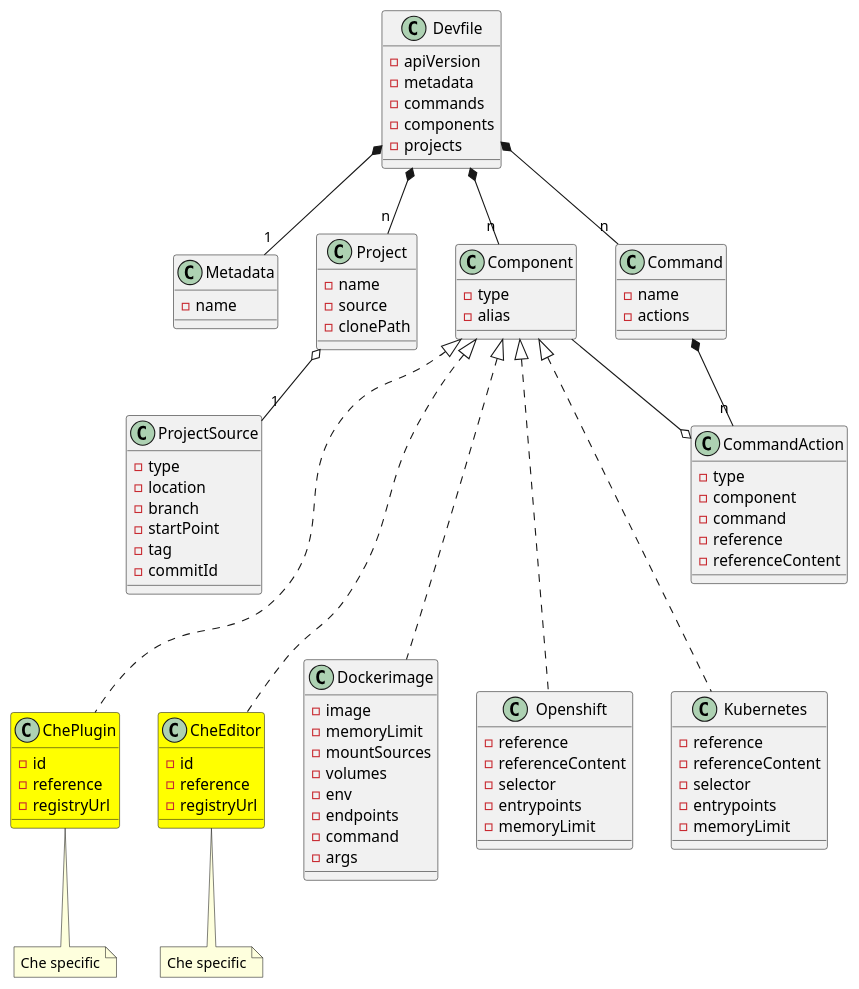
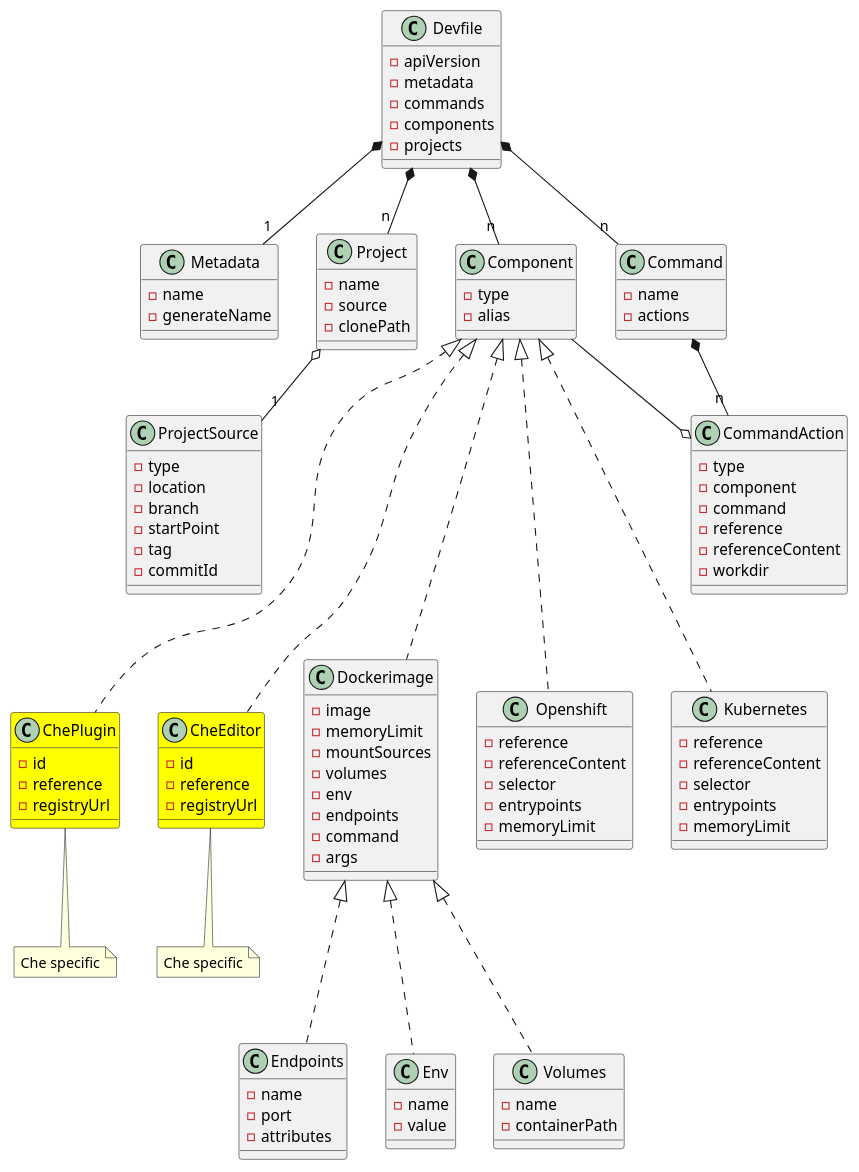
The diagram in devfile_next.plantuml (redhat-developer/devfile), drawn with PlantUML before and after one commit. The commit also changed 1 other file, not shown here.

Commit message:
Add generateName (#46)
* Update Devfile Diagram

* add generateName to devfile's metadata

```diff
--- a/devfile_next.plantuml
+++ b/devfile_next.plantuml
@@ -1,120 +1,142 @@
 @startuml devfile_next
 
 class Devfile {
   - apiVersion
   - metadata
   - commands
   - components
   - projects
 }
 
 together {
   class Metadata
   class Component
   class Command
   class Project
 }
 
 Devfile *-- "1" Metadata
 Devfile *-- "n" Component
 Devfile *-- "n" Command
 Devfile *-- "n" Project
 
 class Metadata {
   - name
+  - generateName
 }
 
 class Component {
     - type
     - alias
 }
 
 
 Component <|-.. Dockerimage
 Component <|-.. Openshift
 Component <|-.. Kubernetes
 Component <|-.. ChePlugin
 Component <|-.. CheEditor
 
 class Command {
   - name
   - actions
 }
 
 Command *-- "n" CommandAction
 CommandAction o-- Component
 
 class CommandAction {
   - type
   - component
   - command
   - reference
   - referenceContent
+  - workdir
 }
 
 class Project {
   - name
   - source
   - clonePath
 }
 
 Project o-- "1" ProjectSource
 
 class ProjectSource {
   - type
   - location
   - branch
   - startPoint
   - tag
   - commitId
 }
 
 Project -[hidden]> Component
 Component -[hidden]> Command
 ProjectSource -[hidden]> CommandAction
 
 class Dockerimage {
    - image
    - memoryLimit
    - mountSources
    - volumes
    - env
    - endpoints
    - command
    - args
+}
+
+Dockerimage <|-.. Env
+Dockerimage <|-.. Volumes
+Dockerimage <|-.. Endpoints
+
+class Env {
+   - name
+   - value
+}
+
+class Volumes {
+   - name
+   - containerPath
+}
+
+class Endpoints {
+   - name
+   - port
+   - attributes
 }
 
 class Openshift {
   - reference
   - referenceContent
   - selector
   - entrypoints
   - memoryLimit
 }
 
 class Kubernetes {
   - reference
   - referenceContent
   - selector
   - entrypoints
   - memoryLimit
 }
 
 class ChePlugin #yellow {
   - id
   - reference
   - registryUrl
 }
 note bottom of ChePlugin: Che specific
 
 class CheEditor #yellow {
   - id
   - reference
   - registryUrl
 }
 note bottom of CheEditor: Che specific
 
 ChePlugin -[hidden]> CheEditor
 CheEditor -[hidden]> Dockerimage
 
 @enduml
```
